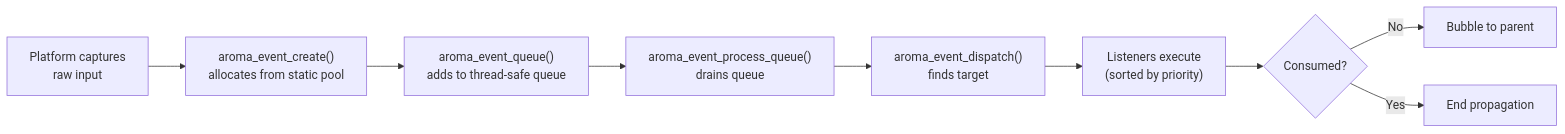
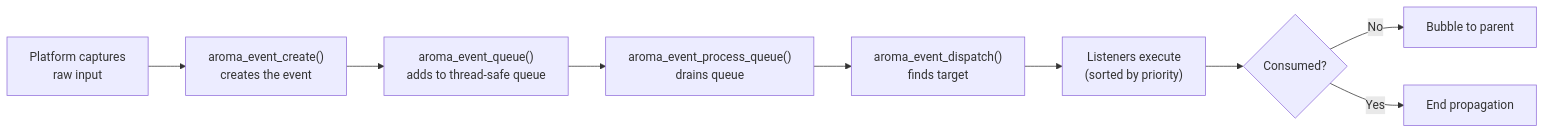
The diagram in docs/core-framework/Event-System.md (BinaryInkTN/AromaUI), drawn with Mermaid before and after one commit. The commit also changed other lines of this file and 187 other files, not shown here.

````diff
--- a/docs/core-framework/Event-System.md
+++ b/docs/core-framework/Event-System.md
@@ -6,11 +6,11 @@
 ```mermaid
 flowchart LR
-    Platform["Platform captures<br/>raw input"] --> Create["aroma_event_create()<br/>allocates from static pool"]
+    Platform["Platform captures<br/>raw input"] --> Create["aroma_event_create()<br/>creates the event"]
     Create --> Queue["aroma_event_queue()<br/>adds to thread-safe queue"]
     Queue --> Process["aroma_event_process_queue()<br/>drains queue"]
     Process --> Dispatch["aroma_event_dispatch()<br/>finds target"]
     Dispatch --> Listeners["Listeners execute<br/>(sorted by priority)"]
     Listeners --> Consumed{"Consumed?"}
     Consumed -->|No| Bubble["Bubble to parent"]
     Consumed -->|Yes| End["End propagation"]
 ```
````
